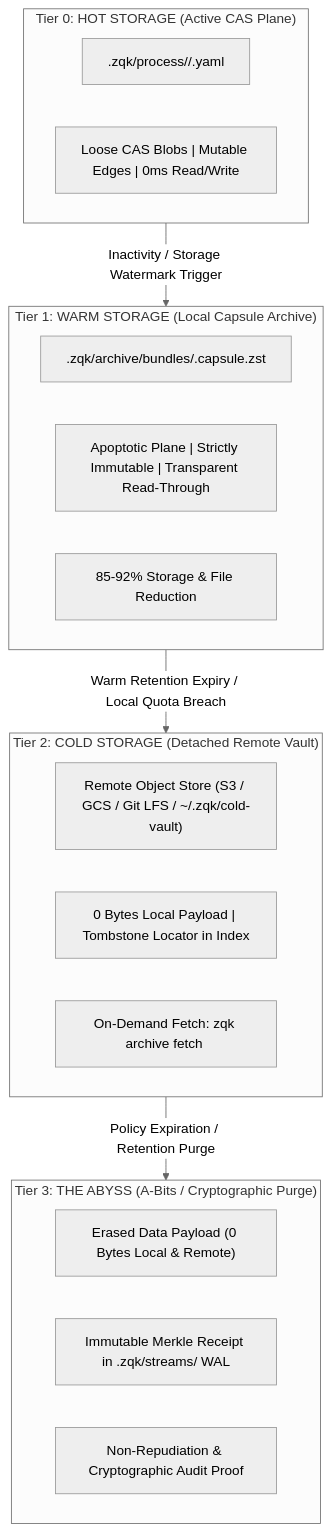
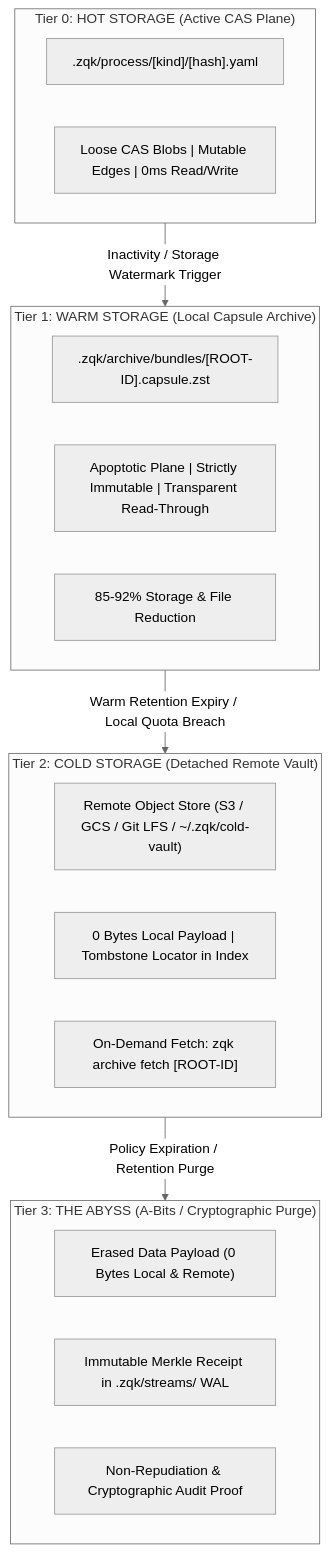
Before and after one commit to zqk-os/zqk: the first of 3 diagrams in docs/architecture/TIERED_STORAGE_AND_ARCHIVAL_LIFECYCLE.md, drawn with Mermaid (neutral theme). The commit also changed 3 other files, not shown here.

Commit message:
fix(docs): fix Mermaid v10 parsing errors and unescape diagram blocks

````diff
--- a/docs/architecture/TIERED_STORAGE_AND_ARCHIVAL_LIFECYCLE.md
+++ b/docs/architecture/TIERED_STORAGE_AND_ARCHIVAL_LIFECYCLE.md
@@ -25,29 +25,29 @@
 ```mermaid
 flowchart TD
     subgraph Tier0 ["Tier 0: HOT STORAGE (Active CAS Plane)"]
-        H1[".zqk/process/<kind>/<hash>.yaml"]
+        H1[".zqk/process/[kind]/[hash].yaml"]
         H2["Loose CAS Blobs | Mutable Edges | 0ms Read/Write"]
     end
 
     subgraph Tier1 ["Tier 1: WARM STORAGE (Local Capsule Archive)"]
-        W1[".zqk/archive/bundles/<ROOT-ID>.capsule.zst"]
+        W1[".zqk/archive/bundles/[ROOT-ID].capsule.zst"]
         W2["Apoptotic Plane | Strictly Immutable | Transparent Read-Through"]
         W3["85-92% Storage & File Reduction"]
     end
 
     subgraph Tier2 ["Tier 2: COLD STORAGE (Detached Remote Vault)"]
         C1["Remote Object Store (S3 / GCS / Git LFS / ~/.zqk/cold-vault)"]
         C2["0 Bytes Local Payload | Tombstone Locator in Index"]
-        C3["On-Demand Fetch: zqk archive fetch <ROOT-ID>"]
+        C3["On-Demand Fetch: zqk archive fetch [ROOT-ID]"]
     end
 
     subgraph Tier3 ["Tier 3: THE ABYSS (A-Bits / Cryptographic Purge)"]
         A1["Erased Data Payload (0 Bytes Local & Remote)"]
         A2["Immutable Merkle Receipt in .zqk/streams/ WAL"]
         A3["Non-Repudiation & Cryptographic Audit Proof"]
     end
 
     Tier0 -->|"Inactivity / Storage Watermark Trigger"| Tier1
     Tier1 -->|"Warm Retention Expiry / Local Quota Breach"| Tier2
     Tier2 -->|"Policy Expiration / Retention Purge"| Tier3
 ```
````
